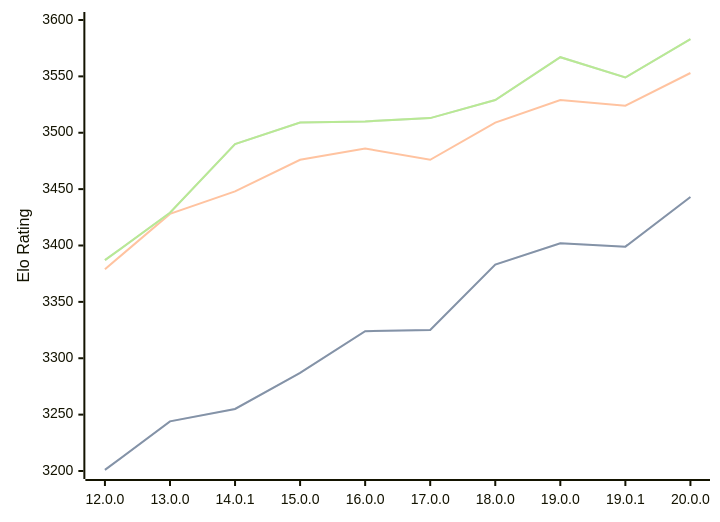
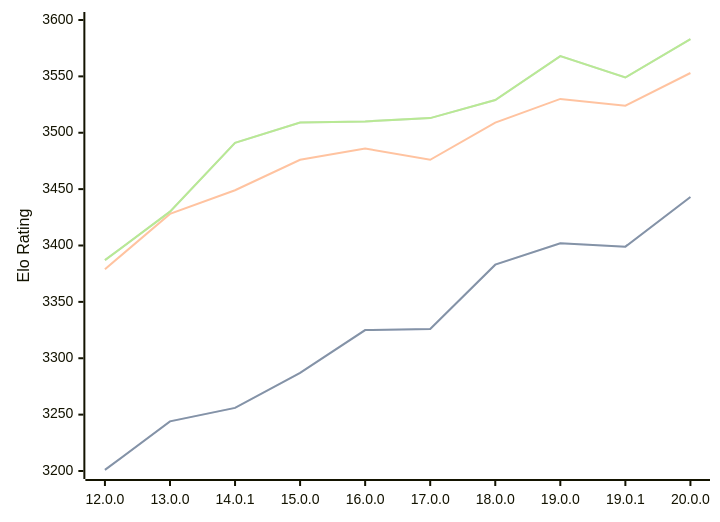
One commit to computer-chess-index/cci changed the diagram in engines/Viridithas.md. Above: the diagram before and after it, drawn with Mermaid. The commit also changed other lines of this file, not shown here.

Commit message:
Update CCI Ratings (ELO VLTC) - 2026-08-20

````diff
--- a/engines/Viridithas.md
+++ b/engines/Viridithas.md
@@ -40,11 +40,11 @@
 ```mermaid
 %%{init: {"theme":"base","themeVariables":{"seriesColors:['#a3a3a3','#222221','#faa371']}}}%%
 xychart-beta
   x-axis ["12.0.0", "13.0.0", "14.0.1", "15.0.0", "16.0.0", "17.0.0", "18.0.0", "19.0.0", "19.0.1", "20.0.0"]
   y-axis "Elo Rating" 3200 --> 3600
-  line "STC (8.0+0.08s)" [3201, 3244, 3255, 3287, 3324, 3325, 3383, 3402, 3399, 3443]
-  line "STC (8.0+0.08s)" [3201, 3244, 3255, 3287, 3324, 3325, 3383, 3402, 3399, 3443]
-  line "LTC (60.0+0.60s)" [3379, 3428, 3448, 3476, 3486, 3476, 3509, 3529, 3524, 3553]
-  line "VLTC (2m24s+1.12s)" [3387, 3429, 3490, 3509, 3510, 3513, 3529, 3567, 3549, 3583]
-  line "VLTC (2m24s+1.12s)" [3387, 3429, 3490, 3509, 3510, 3513, 3529, 3567, 3549, 3583]
+  line "STC (8.0+0.08s)" [3201, 3244, 3256, 3287, 3325, 3326, 3383, 3402, 3399, 3443]
+  line "STC (8.0+0.08s)" [3201, 3244, 3256, 3287, 3325, 3326, 3383, 3402, 3399, 3443]
+  line "LTC (60.0+0.60s)" [3379, 3428, 3449, 3476, 3486, 3476, 3509, 3530, 3524, 3553]
+  line "VLTC (2m24s+1.12s)" [3387, 3430, 3491, 3509, 3510, 3513, 3529, 3568, 3549, 3583]
+  line "VLTC (2m24s+1.12s)" [3387, 3430, 3491, 3509, 3510, 3513, 3529, 3568, 3549, 3583]
 ```
````
